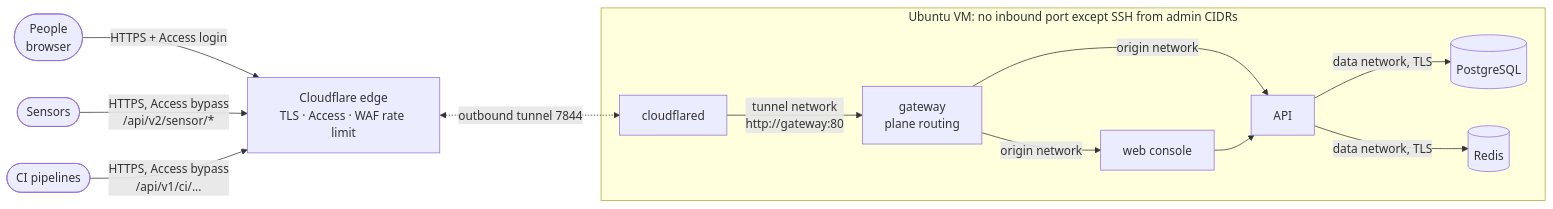
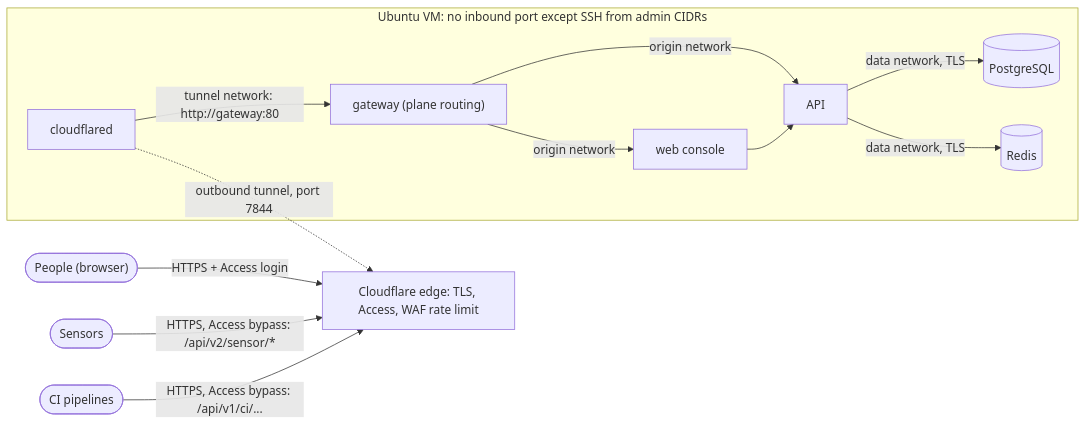
The diagram in README.md (openctemio/openctem-ansible), drawn with Mermaid before and after one commit. The commit also changed 1 other file, not shown here.

Commit message:
docs: diagrams render on GitHub (quoted labels, one-way tunnel arrow)

````diff
--- a/README.md
+++ b/README.md
@@ -16,16 +16,16 @@
 ```mermaid
 flowchart LR
-  user([People<br/>browser]) -->|HTTPS + Access login| cf
-  sensor([Sensors]) -->|HTTPS, Access bypass<br/>/api/v2/sensor/*| cf
-  ci([CI pipelines]) -->|HTTPS, Access bypass<br/>/api/v1/ci/...| cf
-  cf[Cloudflare edge<br/>TLS · Access · WAF rate limit]
-  subgraph vm[Ubuntu VM: no inbound port except SSH from admin CIDRs]
-    cfd[cloudflared] -->|tunnel network<br/>http://gateway:80| gw[gateway<br/>plane routing]
-    gw -->|origin network| web[web console]
-    gw -->|origin network| api[API]
+  user(["People (browser)"]) -->|"HTTPS + Access login"| cf
+  sensor(["Sensors"]) -->|"HTTPS, Access bypass: /api/v2/sensor/*"| cf
+  ci(["CI pipelines"]) -->|"HTTPS, Access bypass: /api/v1/ci/..."| cf
+  cf["Cloudflare edge: TLS, Access, WAF rate limit"]
+  subgraph vm["Ubuntu VM: no inbound port except SSH from admin CIDRs"]
+    cfd["cloudflared"] -->|"tunnel network: http://gateway:80"| gw["gateway (plane routing)"]
+    gw -->|"origin network"| web["web console"]
+    gw -->|"origin network"| api["API"]
     web --> api
-    api -->|data network, TLS| pg[(PostgreSQL)]
-    api -->|data network, TLS| rd[(Redis)]
+    api -->|"data network, TLS"| pg[("PostgreSQL")]
+    api -->|"data network, TLS"| rd[("Redis")]
   end
-  cf <-.->|outbound tunnel 7844| cfd
+  cfd -.->|"outbound tunnel, port 7844"| cf
 ```
````
